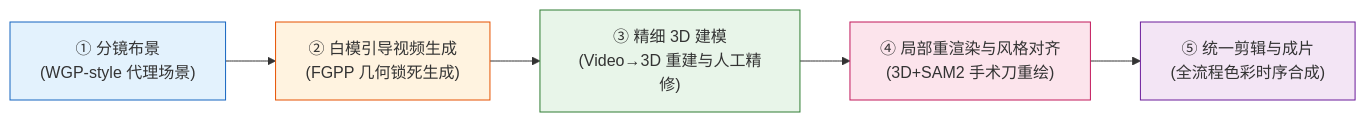
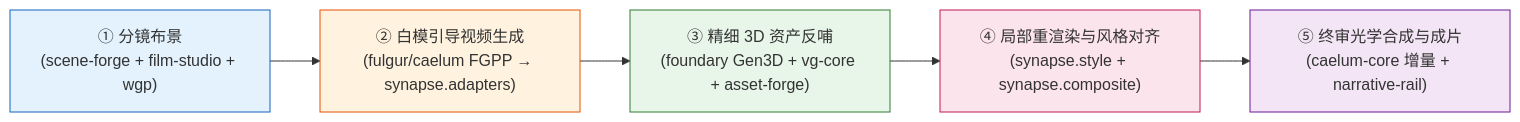
Before and after one commit to sautille-stroke/synapse: the diagram in README.md, drawn with Mermaid. The commit also changed other lines of this file and 4 other files, not shown here.

Commit message:
docs(plan): add architecture audit, ecosystem boundary spec, and 15-PR execution plan [gemini4]

````diff
--- a/README.md
+++ b/README.md
@@ -20,13 +21,13 @@
 ```mermaid
 flowchart LR
-    A["① 分镜布景\n(WGP-style 代理场景)"] --> B["② 白模引导视频生成\n(FGPP 几何锁死生成)"]
-    B --> C["③ 精细 3D 建模\n(Video→3D 重建与人工精修)"]
-    C --> D["④ 局部重渲染与风格对齐\n(3D+SAM2 手术刀重绘)"]
-    D --> E["⑤ 统一剪辑与成片\n(全流程色彩时序合成)"]
+    A["① 分镜布景\n(scene-forge + film-studio + wgp)"] --> B["② 白模引导视频生成\n(fulgur/caelum FGPP → synapse.adapters)"]
+    B --> C["③ 精细 3D 资产反哺\n(foundary Gen3D + vg-core + asset-forge)"]
+    C --> D["④ 局部重渲染与风格对齐\n(synapse.style + synapse.composite)"]
+    D --> E["⑤ 终审光学合成与成片\n(caelum-core 增量 + narrative-rail)"]
 
     style A fill:#e3f2fd,stroke:#1565c0
     style B fill:#fff3e0,stroke:#e65100
     style C fill:#e8f5e9,stroke:#2e7d32
     style D fill:#fce4ec,stroke:#c2185b
     style E fill:#f3e5f5,stroke:#6a1b9a
 ```
````
